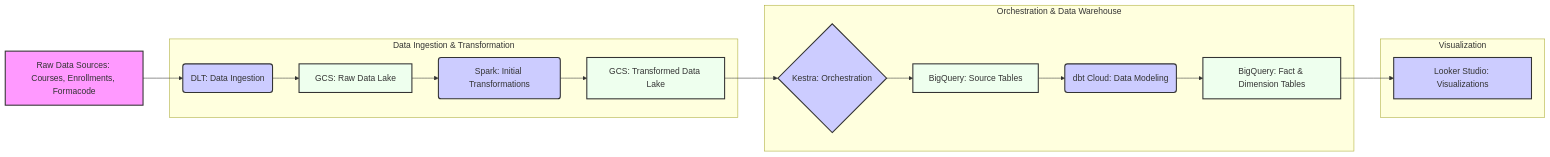
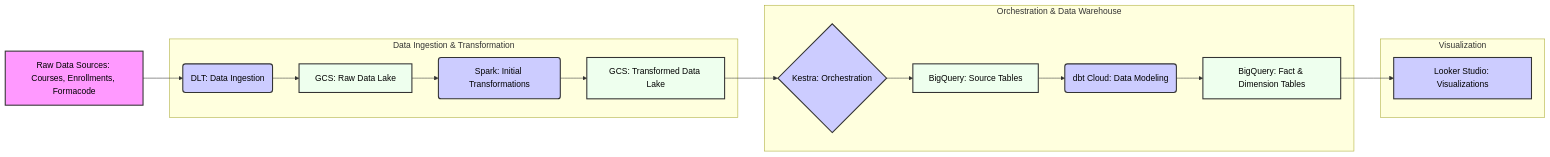
The diagram in screenshots/overall flow.md (jugnuarora/DataTalks-de-zoomcamp-project), drawn with Mermaid before and after one commit.

Commit message:
pre-final version

````diff
--- a/screenshots/overall flow.md
+++ b/screenshots/overall flow.md
@@ -1,35 +1,35 @@
 ```mermaid
 graph LR
     A[Raw Data Sources: Courses, Enrollments, Formacode] --> B(DLT: Data Ingestion);
     B --> C[GCS: Raw Data Lake];
     C --> D(Spark: Initial Transformations);
     D --> E[GCS: Transformed Data Lake];
     E --> F{Kestra: Orchestration};
     F --> G[BigQuery: Source Tables];
     G --> H(dbt Cloud: Data Modeling);
     H --> I[BigQuery: Fact & Dimension Tables];
     I --> J[Looker Studio: Visualizations];
 
     subgraph Data Ingestion & Transformation
         B; C; D; E;
     end
 
     subgraph Orchestration & Data Warehouse
         F; G; H; I;
     end
 
     subgraph Visualization
         J;
     end
 
-    style A fill:#f9f,stroke:#333,stroke-width:2px;
-    style B fill:#ccf,stroke:#333,stroke-width:2px;
-    style C fill:#efe,stroke:#333,stroke-width:2px;
-    style D fill:#ccf,stroke:#333,stroke-width:2px;
-    style E fill:#efe,stroke:#333,stroke-width:2px;
-    style F fill:#ccf,stroke:#333,stroke-width:2px;
-    style G fill:#efe,stroke:#333,stroke-width:2px;
-    style H fill:#ccf,stroke:#333,stroke-width:2px;
-    style I fill:#efe,stroke:#333,stroke-width:2px;
-    style J fill:#ccf,stroke:#333,stroke-width:2px;
+    style A fill:#f9f,stroke:#333,stroke-width:2px,color:#000;
+    style B fill:#ccf,stroke:#333,stroke-width:2px,color:#000;
+    style C fill:#efe,stroke:#333,stroke-width:2px,color:#000;
+    style D fill:#ccf,stroke:#333,stroke-width:2px,color:#000;
+    style E fill:#efe,stroke:#333,stroke-width:2px,color:#000;
+    style F fill:#ccf,stroke:#333,stroke-width:2px,color:#000;
+    style G fill:#efe,stroke:#333,stroke-width:2px,color:#000;
+    style H fill:#ccf,stroke:#333,stroke-width:2px,color:#000;
+    style I fill:#efe,stroke:#333,stroke-width:2px,color:#000;
+    style J fill:#ccf,stroke:#333,stroke-width:2px,color:#000;
 ```
````
